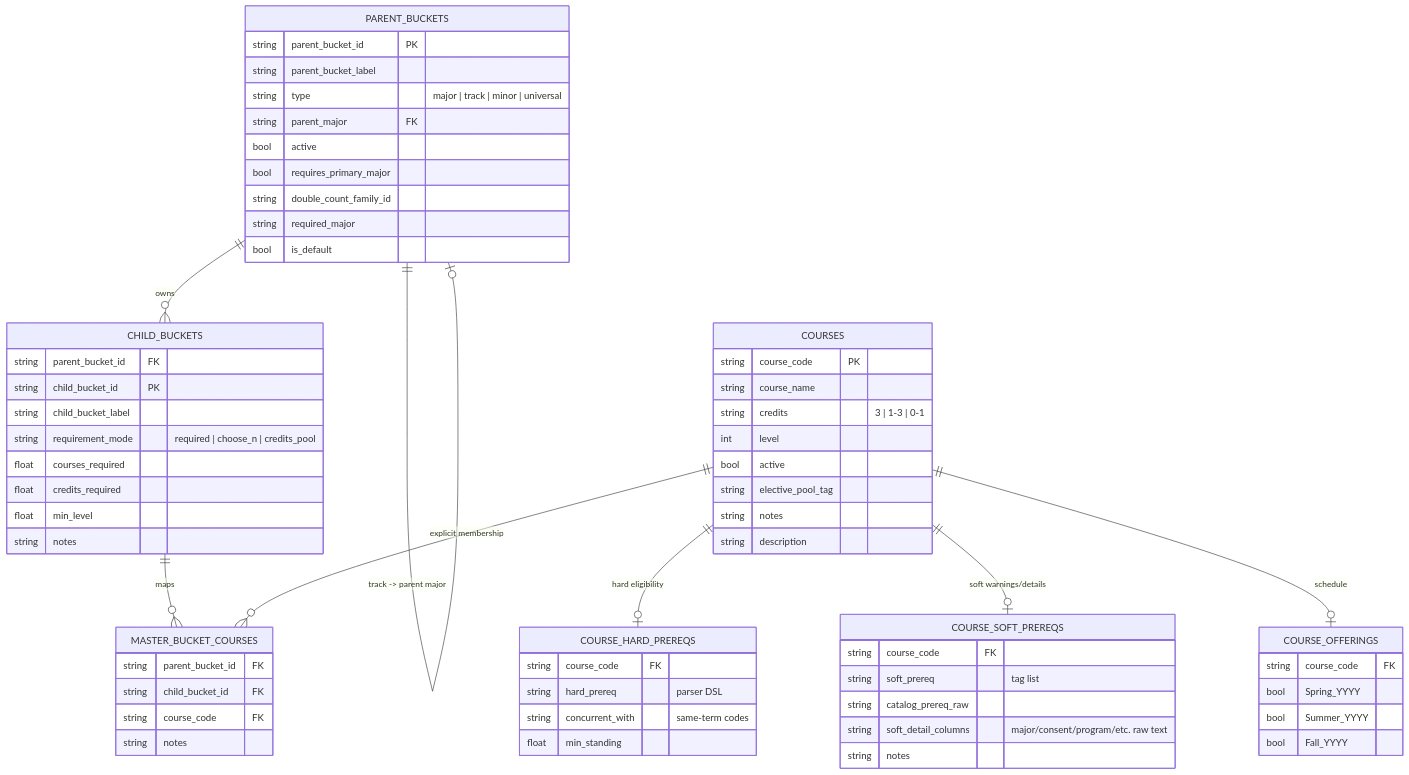
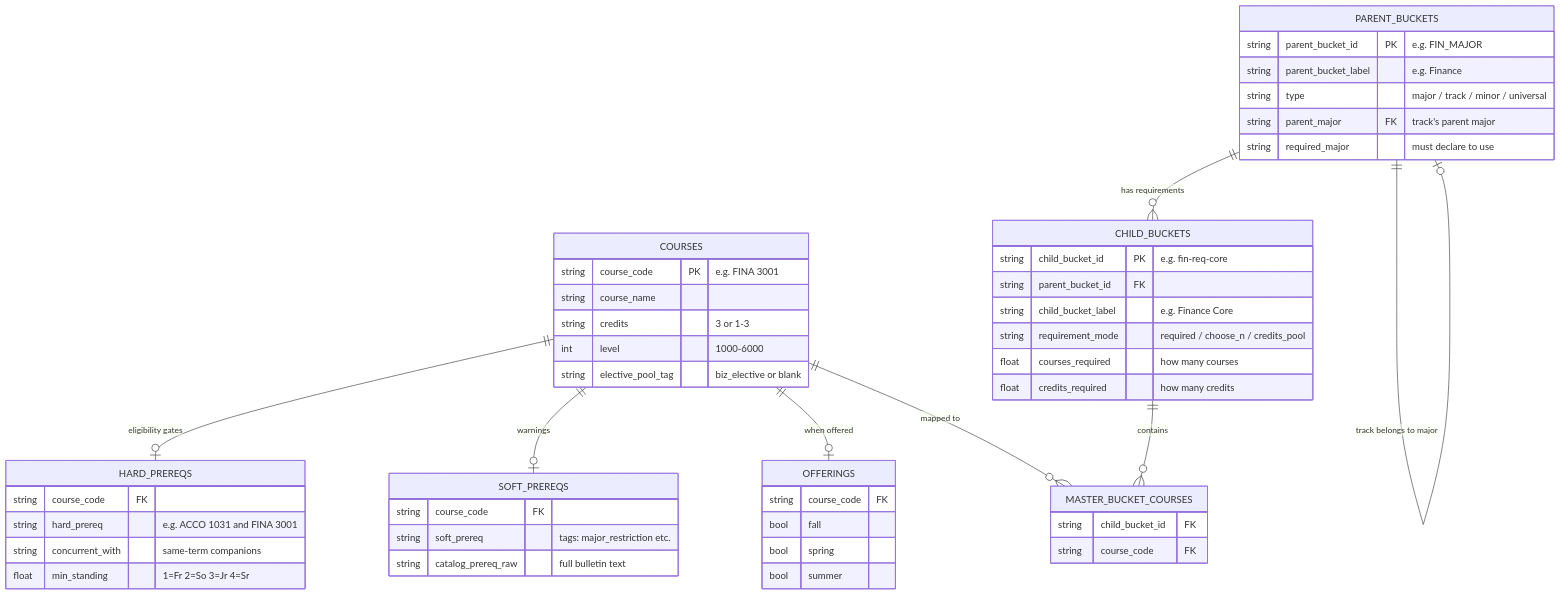
The second of 2 diagrams in data/data_model.md (markiengo/marqbot), drawn with Mermaid before and after one commit. The commit also changed other lines of this file and 4 other files, not shown here.

Commit message:
Improve algorithm tier docs and simplify data model diagrams

````diff
--- a/data/data_model.md
+++ b/data/data_model.md
@@ -52,73 +51,60 @@
 ```mermaid
 erDiagram
     COURSES {
-        string course_code PK
+        string course_code PK "e.g. FINA 3001"
         string course_name
-        string credits "3 | 1-3 | 0-1"
-        int level
-        bool active
-        string elective_pool_tag
-        string notes
-        string description
+        string credits "3 or 1-3"
+        int level "1000-6000"
+        string elective_pool_tag "biz_elective or blank"
     }
 
     PARENT_BUCKETS {
-        string parent_bucket_id PK
-        string parent_bucket_label
-        string type "major | track | minor | universal"
-        string parent_major FK
-        bool active
-        bool requires_primary_major
-        string double_count_family_id
-        string required_major
-        bool is_default
+        string parent_bucket_id PK "e.g. FIN_MAJOR"
+        string parent_bucket_label "e.g. Finance"
+        string type "major / track / minor / universal"
+        string parent_major FK "track's parent major"
+        string required_major "must declare to use"
     }
 
     CHILD_BUCKETS {
+        string child_bucket_id PK "e.g. fin-req-core"
         string parent_bucket_id FK
-        string child_bucket_id PK
-        string child_bucket_label
-        string requirement_mode "required | choose_n | credits_pool"
-        float courses_required
-        float credits_required
-        float min_level
-        string notes
+        string child_bucket_label "e.g. Finance Core"
+        string requirement_mode "required / choose_n / credits_pool"
+        float courses_required "how many courses"
+        float credits_required "how many credits"
     }
 
     MASTER_BUCKET_COURSES {
-        string parent_bucket_id FK
         string child_bucket_id FK
         string course_code FK
-        string notes
     }
 
-    COURSE_HARD_PREREQS {
+    HARD_PREREQS {
         string course_code FK
-        string hard_prereq "parser DSL"
-        string concurrent_with "same-term codes"
-        float min_standing
+        string hard_prereq "e.g. ACCO 1031 and FINA 3001"
+        string concurrent_with "same-term companions"
+        float min_standing "1=Fr 2=So 3=Jr 4=Sr"
     }
 
-    COURSE_SOFT_PREREQS {
+    SOFT_PREREQS {
         string course_code FK
-        string soft_prereq "tag list"
-        string catalog_prereq_raw
-        string soft_detail_columns "major/consent/program/etc. raw text"
-        string notes
+        string soft_prereq "tags: major_restriction etc."
+        string catalog_prereq_raw "full bulletin text"
     }
 
-    COURSE_OFFERINGS {
+    OFFERINGS {
         string course_code FK
-        bool Spring_YYYY
-        bool Summer_YYYY
-        bool Fall_YYYY
+        bool fall
+        bool spring
+        bool summer
     }
 
-    PARENT_BUCKETS ||--o{ CHILD_BUCKETS : owns
-    PARENT_BUCKETS ||--o| PARENT_BUCKETS : "track -> parent major"
-    CHILD_BUCKETS ||--o{ MASTER_BUCKET_COURSES : maps
-    COURSES ||--o{ MASTER_BUCKET_COURSES : "explicit membership"
-    COURSES ||--o| COURSE_HARD_PREREQS : "hard eligibility"
-    COURSES ||--o| COURSE_SOFT_PREREQS : "soft warnings/details"
-    COURSES ||--o| COURSE_OFFERINGS : schedule
+    COURSES ||--o| HARD_PREREQS : "eligibility gates"
+    COURSES ||--o| SOFT_PREREQS : "warnings"
+    COURSES ||--o| OFFERINGS : "when offered"
+    COURSES ||--o{ MASTER_BUCKET_COURSES : "mapped to"
+    CHILD_BUCKETS ||--o{ MASTER_BUCKET_COURSES : "contains"
+    PARENT_BUCKETS ||--o{ CHILD_BUCKETS : "has requirements"
+    PARENT_BUCKETS ||--o| PARENT_BUCKETS : "track belongs to major"
 ```
````
